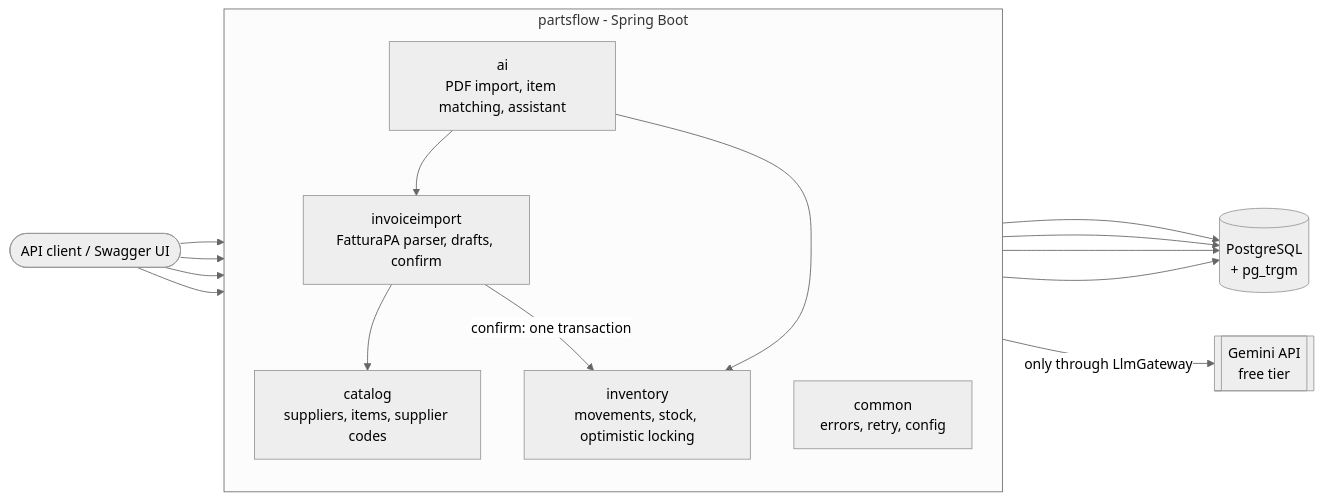
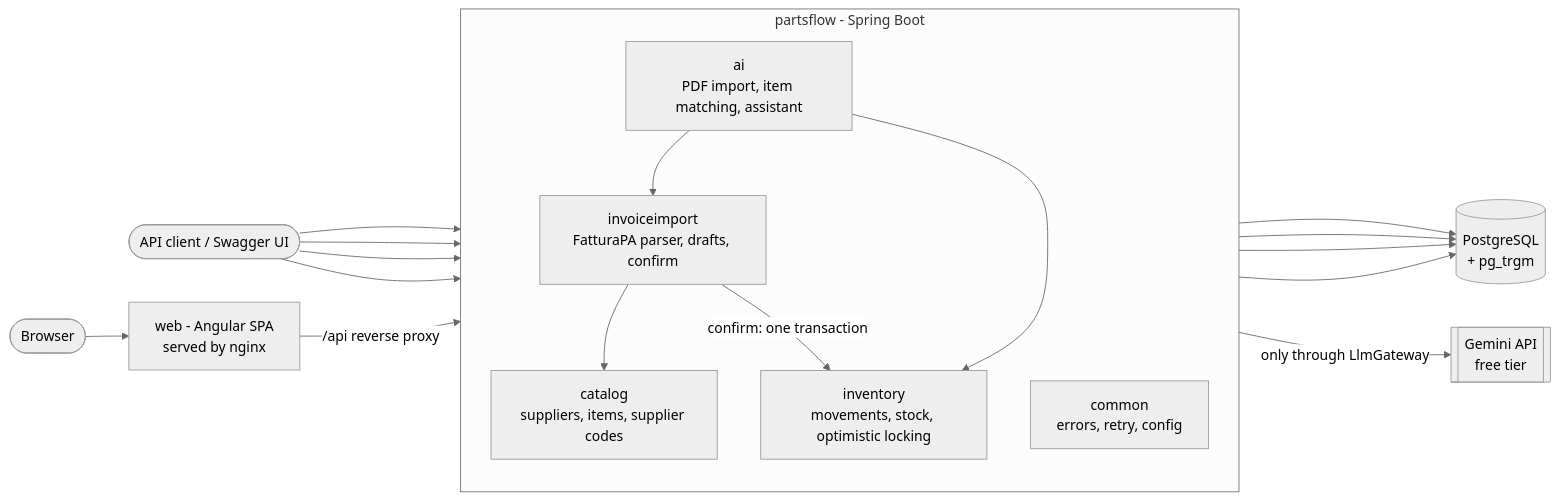
Before and after one commit to Ale4694/partsflow: the first of 2 diagrams in README.md, drawn with Mermaid (neutral theme). The commit also changed other lines of this file and 6 other files, not shown here.

First line of the commit message:
docs: describe the web interface, add ADR 0010 and the M6 roadmap

````diff
--- a/README.md
+++ b/README.md
@@ -22,30 +23,34 @@
 ```mermaid
 flowchart LR
+    browser([Browser])
+    web[web - Angular SPA<br/>served by nginx]
     client([API client / Swagger UI])
 
     subgraph app[partsflow - Spring Boot]
         direction TB
         catalog[catalog<br/>suppliers, items, supplier codes]
         inventory[inventory<br/>movements, stock, optimistic locking]
         imports[invoiceimport<br/>FatturaPA parser, drafts, confirm]
         ai[ai<br/>PDF import, item matching, assistant]
         common[common<br/>errors, retry, config]
     end
 
     db[(PostgreSQL<br/>+ pg_trgm)]
     llm[[Gemini API<br/>free tier]]
 
+    browser --> web
+    web -- "/api reverse proxy" --> app
     client --> catalog
     client --> inventory
     client --> imports
     client --> ai
     imports --> catalog
     imports -- "confirm: one transaction" --> inventory
     ai --> imports
     ai --> inventory
     catalog --> db
     inventory --> db
     imports --> db
     ai --> db
     ai -- "only through LlmGateway" --> llm
 ```
````
